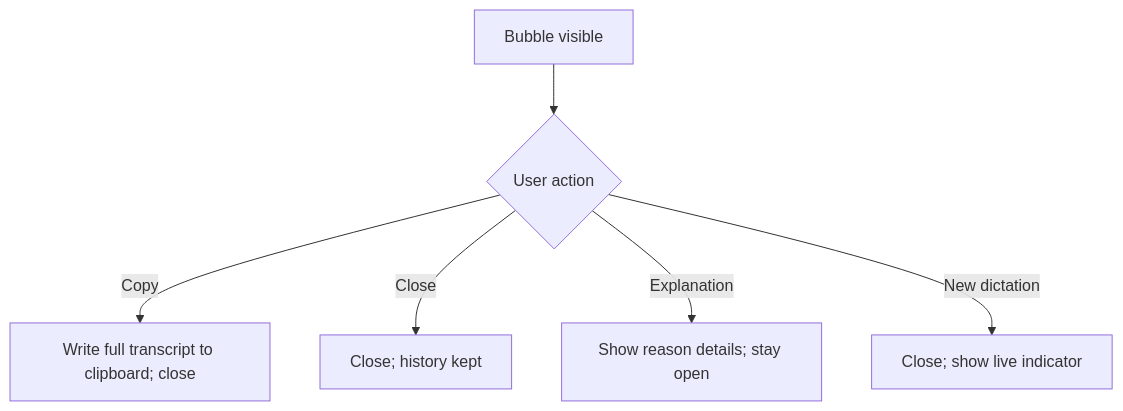
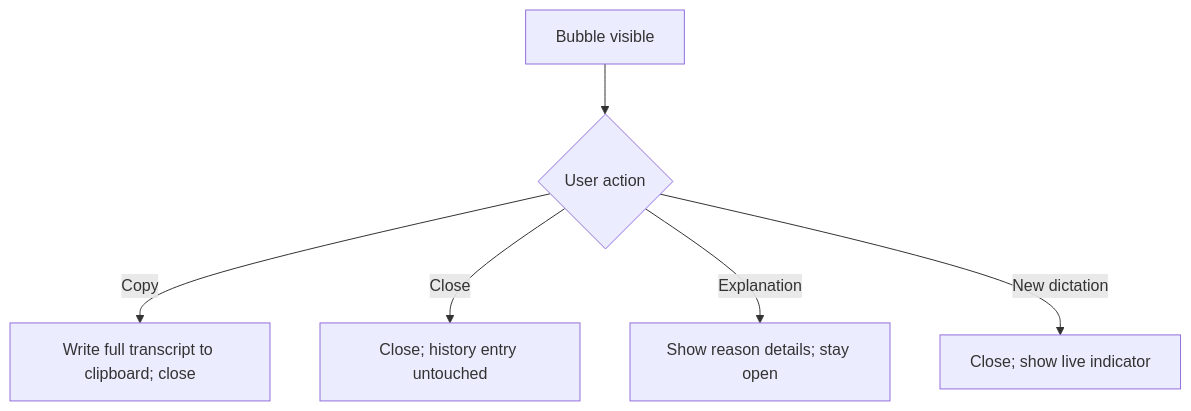
The fourth of 5 diagrams in .specs/features/010-recovery-bubble/spec.md (julien-m/handy), drawn with Mermaid before and after one commit. The commit also changed other lines of this file and 4 other files, not shown here.

````diff
--- a/.specs/features/010-recovery-bubble/spec.md
+++ b/.specs/features/010-recovery-bubble/spec.md
@@ -159,8 +161,8 @@
 ```mermaid
 flowchart TD
   A[Bubble visible] --> B{User action}
   B -- Copy --> C[Write full transcript to clipboard; close]
-  B -- Close --> D[Close; history kept]
+  B -- Close --> D[Close; history entry untouched]
   B -- Explanation --> E[Show reason details; stay open]
   B -- New dictation --> F[Close; show live indicator]
 ```
````
